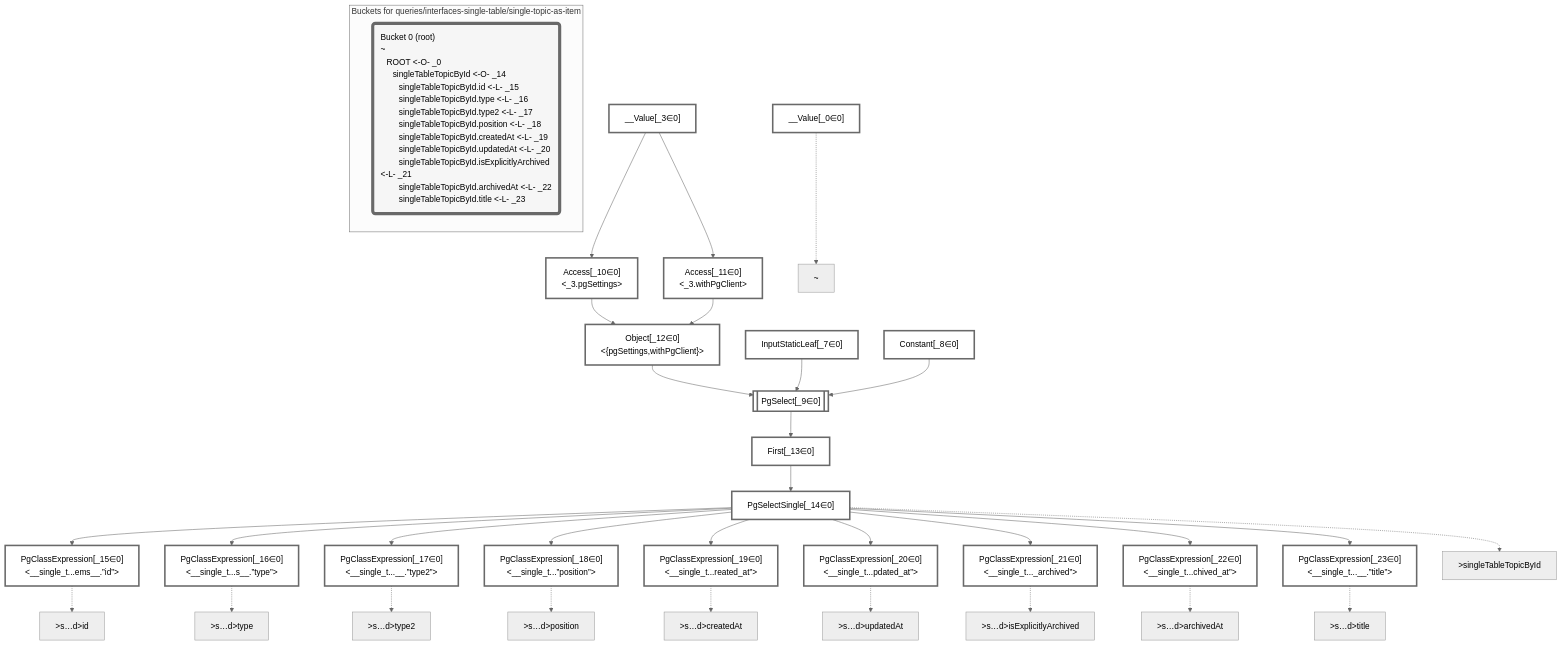
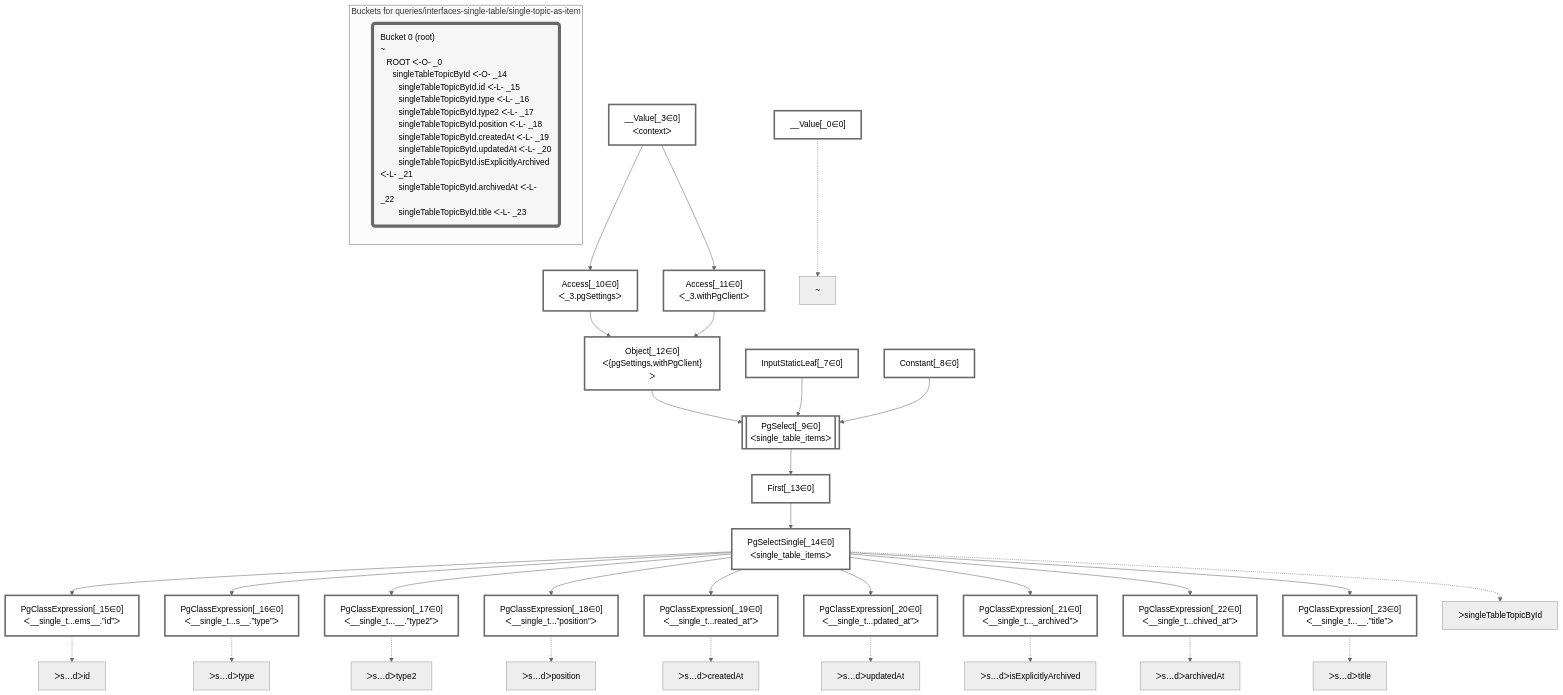
Before and after one commit to graphile/crystal: the diagram in packages/dataplan-pg/__tests__/queries/interfaces-single-table/single-topic-as-item.mermaid.md, drawn with Mermaid (neutral theme). The commit also changed 195 other files, not shown here.

````diff
--- a/packages/dataplan-pg/__tests__/queries/interfaces-single-table/single-topic-as-item.mermaid.md
+++ b/packages/dataplan-pg/__tests__/queries/interfaces-single-table/single-topic-as-item.mermaid.md
@@ -9,24 +9,24 @@
 
     %% define plans
     __Value_0["__Value[_0∈0]"]:::plan
-    __Value_3["__Value[_3∈0]<br /><context>"]:::plan
+    __Value_3["__Value[_3∈0]<br />ᐸcontextᐳ"]:::plan
     InputStaticLeaf_7["InputStaticLeaf[_7∈0]"]:::plan
     Constant_8["Constant[_8∈0]"]:::plan
-    PgSelect_9[["PgSelect[_9∈0]<br /><single_table_items>"]]:::plan
-    Access_10["Access[_10∈0]<br /><_3.pgSettings>"]:::plan
-    Access_11["Access[_11∈0]<br /><_3.withPgClient>"]:::plan
-    Object_12["Object[_12∈0]<br /><{pgSettings,withPgClient}>"]:::plan
+    PgSelect_9[["PgSelect[_9∈0]<br />ᐸsingle_table_itemsᐳ"]]:::plan
+    Access_10["Access[_10∈0]<br />ᐸ_3.pgSettingsᐳ"]:::plan
+    Access_11["Access[_11∈0]<br />ᐸ_3.withPgClientᐳ"]:::plan
+    Object_12["Object[_12∈0]<br />ᐸ{pgSettings,withPgClient}ᐳ"]:::plan
     First_13["First[_13∈0]"]:::plan
-    PgSelectSingle_14["PgSelectSingle[_14∈0]<br /><single_table_items>"]:::plan
-    PgClassExpression_15["PgClassExpression[_15∈0]<br /><__single_t...ems__.”id”>"]:::plan
-    PgClassExpression_16["PgClassExpression[_16∈0]<br /><__single_t...s__.”type”>"]:::plan
-    PgClassExpression_17["PgClassExpression[_17∈0]<br /><__single_t...__.”type2”>"]:::plan
-    PgClassExpression_18["PgClassExpression[_18∈0]<br /><__single_t...”position”>"]:::plan
-    PgClassExpression_19["PgClassExpression[_19∈0]<br /><__single_t...reated_at”>"]:::plan
-    PgClassExpression_20["PgClassExpression[_20∈0]<br /><__single_t...pdated_at”>"]:::plan
-    PgClassExpression_21["PgClassExpression[_21∈0]<br /><__single_t..._archived”>"]:::plan
-    PgClassExpression_22["PgClassExpression[_22∈0]<br /><__single_t...chived_at”>"]:::plan
-    PgClassExpression_23["PgClassExpression[_23∈0]<br /><__single_t...__.”title”>"]:::plan
+    PgSelectSingle_14["PgSelectSingle[_14∈0]<br />ᐸsingle_table_itemsᐳ"]:::plan
+    PgClassExpression_15["PgClassExpression[_15∈0]<br />ᐸ__single_t...ems__.”id”ᐳ"]:::plan
+    PgClassExpression_16["PgClassExpression[_16∈0]<br />ᐸ__single_t...s__.”type”ᐳ"]:::plan
+    PgClassExpression_17["PgClassExpression[_17∈0]<br />ᐸ__single_t...__.”type2”ᐳ"]:::plan
+    PgClassExpression_18["PgClassExpression[_18∈0]<br />ᐸ__single_t...”position”ᐳ"]:::plan
+    PgClassExpression_19["PgClassExpression[_19∈0]<br />ᐸ__single_t...reated_at”ᐳ"]:::plan
+    PgClassExpression_20["PgClassExpression[_20∈0]<br />ᐸ__single_t...pdated_at”ᐳ"]:::plan
+    PgClassExpression_21["PgClassExpression[_21∈0]<br />ᐸ__single_t..._archived”ᐳ"]:::plan
+    PgClassExpression_22["PgClassExpression[_22∈0]<br />ᐸ__single_t...chived_at”ᐳ"]:::plan
+    PgClassExpression_23["PgClassExpression[_23∈0]<br />ᐸ__single_t...__.”title”ᐳ"]:::plan
 
     %% plan dependencies
     Object_12 --> PgSelect_9
@@ -51,25 +51,25 @@
     %% plan-to-path relationships
     P_0["~"]
     __Value_0 -.-> P_0
-    P_14[">singleTableTopicById"]
+    P_14["ᐳsingleTableTopicById"]
     PgSelectSingle_14 -.-> P_14
-    P_15[">s…d>id"]
+    P_15["ᐳs…dᐳid"]
     PgClassExpression_15 -.-> P_15
-    P_16[">s…d>type"]
+    P_16["ᐳs…dᐳtype"]
     PgClassExpression_16 -.-> P_16
-    P_17[">s…d>type2"]
+    P_17["ᐳs…dᐳtype2"]
     PgClassExpression_17 -.-> P_17
-    P_18[">s…d>position"]
+    P_18["ᐳs…dᐳposition"]
     PgClassExpression_18 -.-> P_18
-    P_19[">s…d>createdAt"]
+    P_19["ᐳs…dᐳcreatedAt"]
     PgClassExpression_19 -.-> P_19
-    P_20[">s…d>updatedAt"]
+    P_20["ᐳs…dᐳupdatedAt"]
     PgClassExpression_20 -.-> P_20
-    P_21[">s…d>isExplicitlyArchived"]
+    P_21["ᐳs…dᐳisExplicitlyArchived"]
     PgClassExpression_21 -.-> P_21
-    P_22[">s…d>archivedAt"]
+    P_22["ᐳs…dᐳarchivedAt"]
     PgClassExpression_22 -.-> P_22
-    P_23[">s…d>title"]
+    P_23["ᐳs…dᐳtitle"]
     PgClassExpression_23 -.-> P_23
 
     %% allocate buckets
@@ -77,7 +77,7 @@
     class __Value_0,__Value_3,InputStaticLeaf_7,Constant_8,PgSelect_9,Access_10,Access_11,Object_12,First_13,PgSelectSingle_14,PgClassExpression_15,PgClassExpression_16,PgClassExpression_17,PgClassExpression_18,PgClassExpression_19,PgClassExpression_20,PgClassExpression_21,PgClassExpression_22,PgClassExpression_23 bucket0
 
     subgraph "Buckets for queries/interfaces-single-table/single-topic-as-item"
-    Bucket0("Bucket 0 (root)<br />~<br />⠀ROOT <-O- _0<br />⠀⠀singleTableTopicById <-O- _14<br />⠀⠀⠀singleTableTopicById.id <-L- _15<br />⠀⠀⠀singleTableTopicById.type <-L- _16<br />⠀⠀⠀singleTableTopicById.type2 <-L- _17<br />⠀⠀⠀singleTableTopicById.position <-L- _18<br />⠀⠀⠀singleTableTopicById.createdAt <-L- _19<br />⠀⠀⠀singleTableTopicById.updatedAt <-L- _20<br />⠀⠀⠀singleTableTopicById.isExplicitlyArchived <-L- _21<br />⠀⠀⠀singleTableTopicById.archivedAt <-L- _22<br />⠀⠀⠀singleTableTopicById.title <-L- _23"):::bucket
+    Bucket0("Bucket 0 (root)<br />~<br />⠀ROOT ᐸ-O- _0<br />⠀⠀singleTableTopicById ᐸ-O- _14<br />⠀⠀⠀singleTableTopicById.id ᐸ-L- _15<br />⠀⠀⠀singleTableTopicById.type ᐸ-L- _16<br />⠀⠀⠀singleTableTopicById.type2 ᐸ-L- _17<br />⠀⠀⠀singleTableTopicById.position ᐸ-L- _18<br />⠀⠀⠀singleTableTopicById.createdAt ᐸ-L- _19<br />⠀⠀⠀singleTableTopicById.updatedAt ᐸ-L- _20<br />⠀⠀⠀singleTableTopicById.isExplicitlyArchived ᐸ-L- _21<br />⠀⠀⠀singleTableTopicById.archivedAt ᐸ-L- _22<br />⠀⠀⠀singleTableTopicById.title ᐸ-L- _23"):::bucket
     style Bucket0 stroke:#696969
     end
 ```
````
